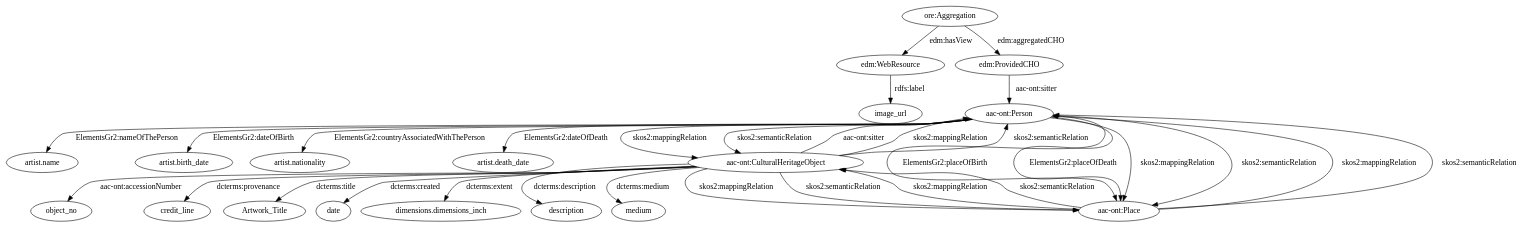
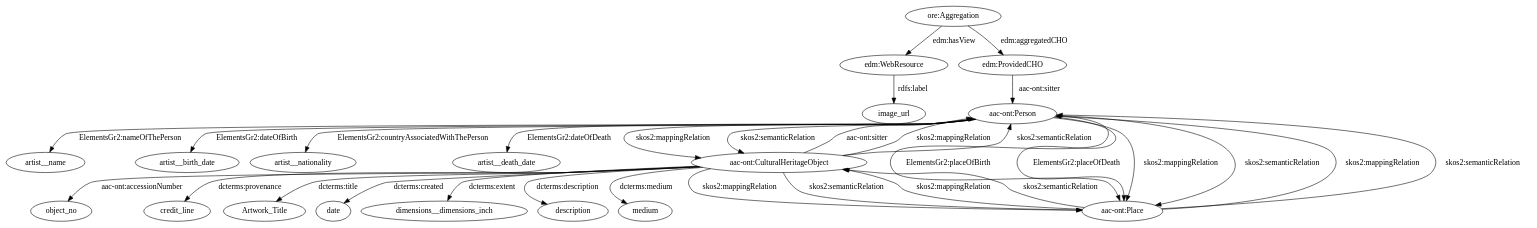
One commit to giuseppefutia/semi changed the diagram in data/taheriyan2016/task_03/semantic_models/plausibles/dot/s27-s-the-huntington.dot. Above: the diagram before and after it, drawn with Graphviz. The commit also changed 91 other files, not shown here.

```diff
--- a/data/taheriyan2016/task_03/semantic_models/plausibles/dot/s27-s-the-huntington.dot
+++ b/data/taheriyan2016/task_03/semantic_models/plausibles/dot/s27-s-the-huntington.dot
@@ -1,50 +1,50 @@
 digraph {
-  "artist.name" [type=attribute_name,label="artist.name"]
+  artist__name [type=attribute_name,label=artist__name]
   "aac-ont:Person1" [type=class_uri,label="aac-ont:Person"]
   object_no [type=attribute_name,label=object_no]
   "aac-ont:CulturalHeritageObject1" [type=class_uri,label="aac-ont:CulturalHeritageObject"]
   credit_line [type=attribute_name,label=credit_line]
-  "artist.birth_date" [type=attribute_name,label="artist.birth_date"]
+  artist__birth_date [type=attribute_name,label=artist__birth_date]
   Artwork_Title [type=attribute_name,label=Artwork_Title]
   date [type=attribute_name,label=date]
-  "artist.nationality" [type=attribute_name,label="artist.nationality"]
-  "dimensions.dimensions_inch" [type=attribute_name,label="dimensions.dimensions_inch"]
-  "artist.death_date" [type=attribute_name,label="artist.death_date"]
+  artist__nationality [type=attribute_name,label=artist__nationality]
+  dimensions__dimensions_inch [type=attribute_name,label=dimensions__dimensions_inch]
+  artist__death_date [type=attribute_name,label=artist__death_date]
   image_url [type=attribute_name,label=image_url]
   "edm:WebResource1" [type=class_uri,label="edm:WebResource"]
   description [type=attribute_name,label=description]
   medium [type=attribute_name,label=medium]
   "aac-ont:Place" [type=class_uri,label="aac-ont:Place"]
   "edm:ProvidedCHO" [type=class_uri,label="edm:ProvidedCHO"]
   "ore:Aggregation" [type=class_uri,label="ore:Aggregation"]
-  "aac-ont:Person1" -> "artist.name" [label="ElementsGr2:nameOfThePerson",type=st_property_uri]
+  "aac-ont:Person1" -> artist__name [label="ElementsGr2:nameOfThePerson",type=st_property_uri]
   "aac-ont:CulturalHeritageObject1" -> object_no [label="aac-ont:accessionNumber",type=st_property_uri]
   "aac-ont:CulturalHeritageObject1" -> credit_line [label="dcterms:provenance",type=st_property_uri]
-  "aac-ont:Person1" -> "artist.birth_date" [label="ElementsGr2:dateOfBirth",type=st_property_uri]
+  "aac-ont:Person1" -> artist__birth_date [label="ElementsGr2:dateOfBirth",type=st_property_uri]
   "aac-ont:CulturalHeritageObject1" -> Artwork_Title [label="dcterms:title",type=st_property_uri]
   "aac-ont:CulturalHeritageObject1" -> date [label="dcterms:created",type=st_property_uri]
-  "aac-ont:Person1" -> "artist.nationality" [label="ElementsGr2:countryAssociatedWithThePerson",type=st_property_uri]
-  "aac-ont:CulturalHeritageObject1" -> "dimensions.dimensions_inch" [label="dcterms:extent",type=st_property_uri]
-  "aac-ont:Person1" -> "artist.death_date" [label="ElementsGr2:dateOfDeath",type=st_property_uri]
+  "aac-ont:Person1" -> artist__nationality [label="ElementsGr2:countryAssociatedWithThePerson",type=st_property_uri]
+  "aac-ont:CulturalHeritageObject1" -> dimensions__dimensions_inch [label="dcterms:extent",type=st_property_uri]
+  "aac-ont:Person1" -> artist__death_date [label="ElementsGr2:dateOfDeath",type=st_property_uri]
   "edm:WebResource1" -> image_url [label="rdfs:label",type=st_property_uri]
   "aac-ont:CulturalHeritageObject1" -> description [label="dcterms:description",type=st_property_uri]
   "aac-ont:CulturalHeritageObject1" -> medium [label="dcterms:medium",type=st_property_uri]
   "aac-ont:CulturalHeritageObject1" -> "aac-ont:Person1" [label="aac-ont:sitter",type=direct_property_uri,weight=1]
   "aac-ont:Person1" -> "aac-ont:Place" [label="ElementsGr2:placeOfBirth",type=direct_property_uri,weight=1]
   "aac-ont:Person1" -> "aac-ont:Place" [label="ElementsGr2:placeOfDeath",type=direct_property_uri,weight=1]
   "edm:ProvidedCHO" -> "aac-ont:Person1" [label="aac-ont:sitter",type=direct_property_uri,weight=1]
   "ore:Aggregation" -> "edm:WebResource1" [label="edm:hasView",type=direct_property_uri,weight=1]
   "ore:Aggregation" -> "edm:ProvidedCHO" [label="edm:aggregatedCHO",type=direct_property_uri,weight=1]
   "aac-ont:Person1" -> "aac-ont:CulturalHeritageObject1" [label="skos2:mappingRelation",type=inherited,weight=4]
   "aac-ont:Person1" -> "aac-ont:CulturalHeritageObject1" [label="skos2:semanticRelation",type=inherited,weight=4]
   "aac-ont:Person1" -> "aac-ont:Place" [label="skos2:mappingRelation",type=inherited,weight=4]
   "aac-ont:Person1" -> "aac-ont:Place" [label="skos2:semanticRelation",type=inherited,weight=4]
   "aac-ont:CulturalHeritageObject1" -> "aac-ont:Person1" [label="skos2:mappingRelation",type=inherited,weight=4]
   "aac-ont:CulturalHeritageObject1" -> "aac-ont:Person1" [label="skos2:semanticRelation",type=inherited,weight=4]
   "aac-ont:CulturalHeritageObject1" -> "aac-ont:Place" [label="skos2:mappingRelation",type=inherited,weight=4]
   "aac-ont:CulturalHeritageObject1" -> "aac-ont:Place" [label="skos2:semanticRelation",type=inherited,weight=4]
   "aac-ont:Place" -> "aac-ont:Person1" [label="skos2:mappingRelation",type=inherited,weight=4]
   "aac-ont:Place" -> "aac-ont:Person1" [label="skos2:semanticRelation",type=inherited,weight=4]
   "aac-ont:Place" -> "aac-ont:CulturalHeritageObject1" [label="skos2:mappingRelation",type=inherited,weight=4]
   "aac-ont:Place" -> "aac-ont:CulturalHeritageObject1" [label="skos2:semanticRelation",type=inherited,weight=4]
 }
```
